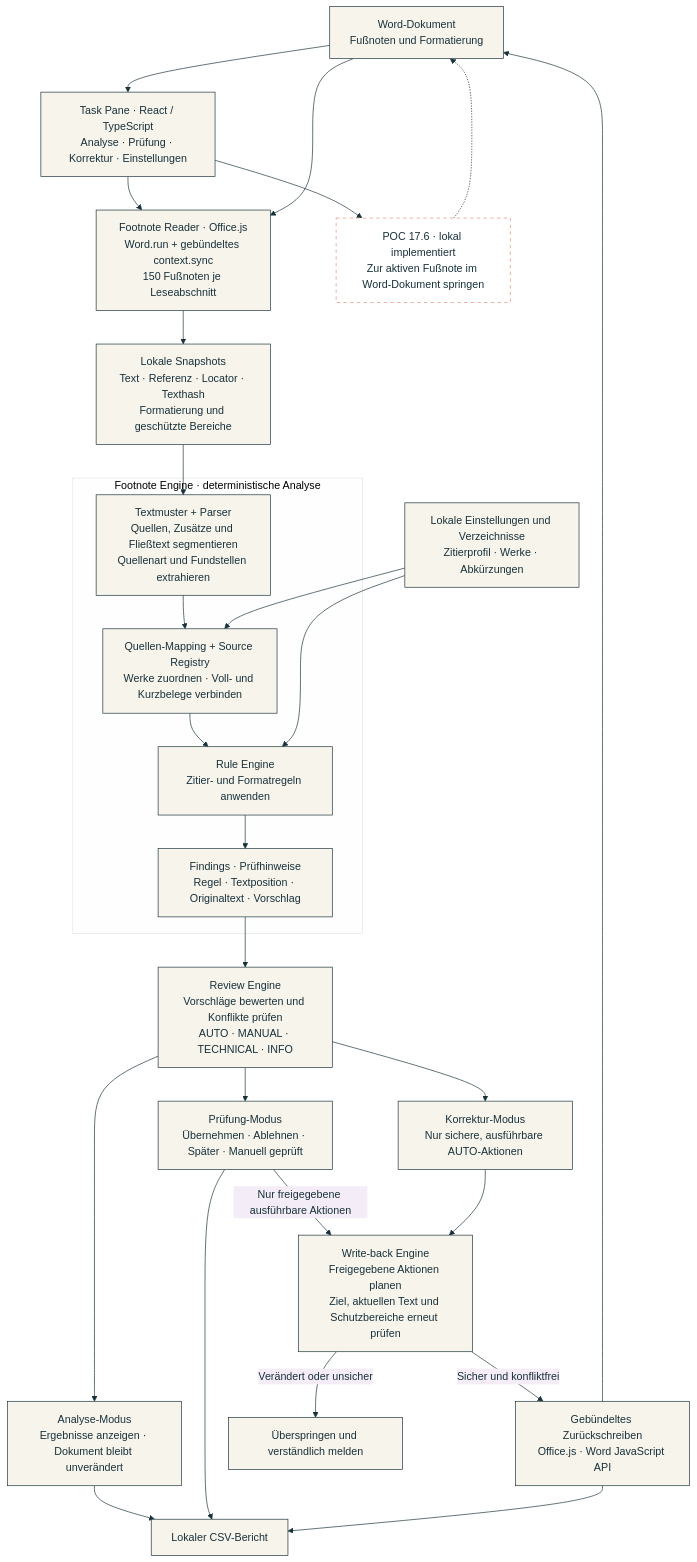
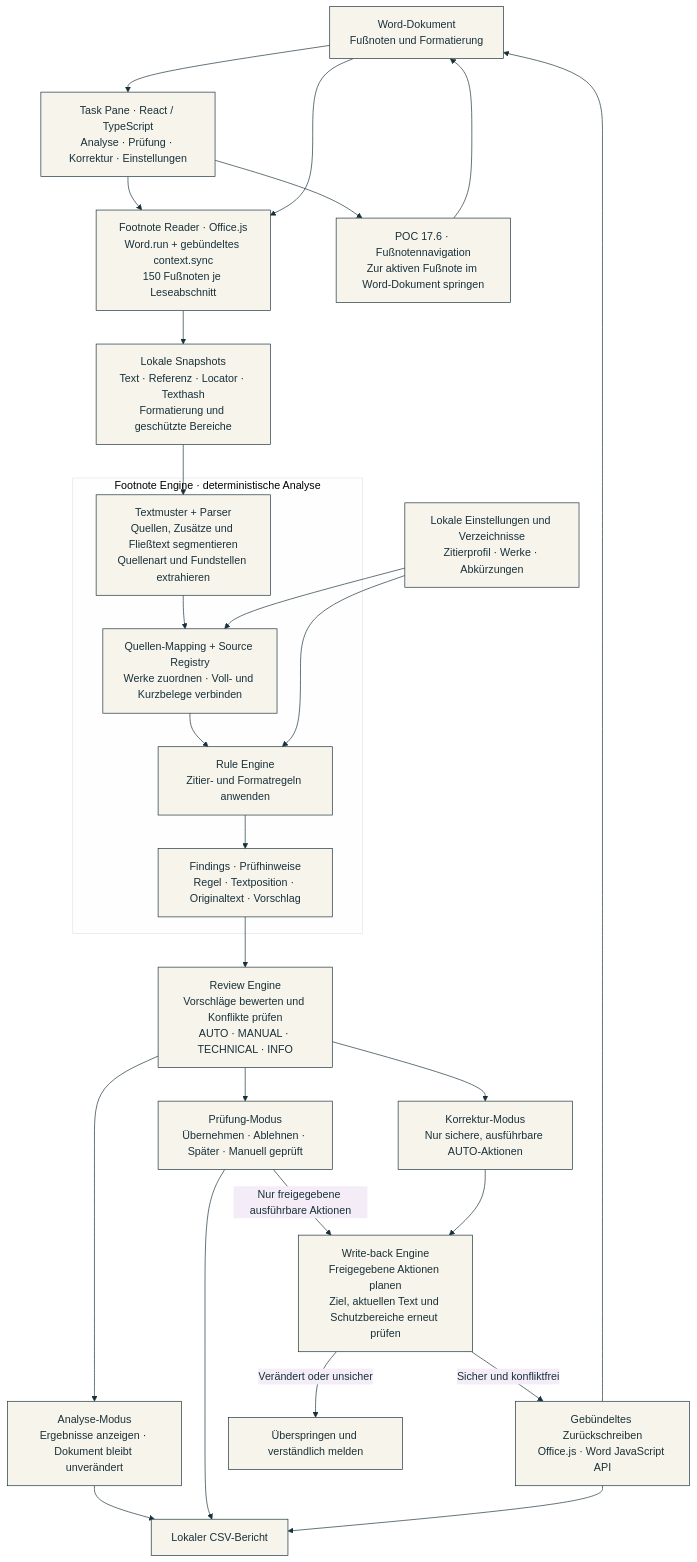
One commit to AfsharLT/footnote-checker changed the first of 4 diagrams in README.md. Above: the diagram before and after it, drawn with Mermaid. The commit also changed other lines of this file and 7 other files, not shown here.

Commit message:
docs: Update POC 17 milestones and illustrate Word workflow

````diff
--- a/README.md
+++ b/README.md
@@ -74,42 +86,40 @@
 ```mermaid
 %%{init: {'theme': 'base', 'themeVariables': {'primaryColor': '#F7F4EC', 'primaryTextColor': '#18313A', 'primaryBorderColor': '#18313A', 'lineColor': '#18313A'}}}%%
 flowchart TD
     Word["Word-Dokument<br/>Fußnoten und Formatierung"]
     UI["Task Pane · React / TypeScript<br/>Analyse · Prüfung · Korrektur · Einstellungen"]
     Reader["Footnote Reader · Office.js<br/>Word.run + gebündeltes context.sync<br/>150 Fußnoten je Leseabschnitt"]
     Snapshot["Lokale Snapshots<br/>Text · Referenz · Locator · Texthash<br/>Formatierung und geschützte Bereiche"]
     Word --> UI --> Reader
     Word --> Reader --> Snapshot
 
     subgraph Engine["Footnote Engine · deterministische Analyse"]
         Parse["Textmuster + Parser<br/>Quellen, Zusätze und Fließtext segmentieren<br/>Quellenart und Fundstellen extrahieren"]
         Mapping["Quellen-Mapping + Source Registry<br/>Werke zuordnen · Voll- und Kurzbelege verbinden"]
         Rules["Rule Engine<br/>Zitier- und Formatregeln anwenden"]
         Findings["Findings · Prüfhinweise<br/>Regel · Textposition · Originaltext · Vorschlag"]
         Parse --> Mapping --> Rules --> Findings
     end
     Snapshot --> Parse
     Local["Lokale Einstellungen und Verzeichnisse<br/>Zitierprofil · Werke · Abkürzungen"] --> Mapping
     Local --> Rules
     Review["Review Engine<br/>Vorschläge bewerten und Konflikte prüfen<br/>AUTO · MANUAL · TECHNICAL · INFO"]
     Findings --> Review
     Results["Analyse-Modus<br/>Ergebnisse anzeigen · Dokument bleibt unverändert"]
     Manual["Prüfung-Modus<br/>Übernehmen · Ablehnen · Später · Manuell geprüft"]
     Auto["Korrektur-Modus<br/>Nur sichere, ausführbare AUTO-Aktionen"]
     Review --> Results
     Review --> Manual
     Review --> Auto
     Plan["Write-back Engine<br/>Freigegebene Aktionen planen<br/>Ziel, aktuellen Text und Schutzbereiche erneut prüfen"]
     Manual -->|"Nur freigegebene ausführbare Aktionen"| Plan
     Auto --> Plan
     Write["Gebündeltes Zurückschreiben<br/>Office.js · Word JavaScript API"]
     Plan -->|"Sicher und konfliktfrei"| Write --> Word
     Plan -->|"Verändert oder unsicher"| Notice["Überspringen und verständlich melden"]
     Results --> Report["Lokaler CSV-Bericht"]
     Manual --> Report
     Write --> Report
-    UI --> Navigation["POC 17.6 · lokal implementiert<br/>Zur aktiven Fußnote im Word-Dokument springen"]
-    Navigation -.-> Word
-    classDef future fill:#ffffff,stroke:#E88B72,stroke-dasharray:5 5,color:#18313A;
-    class Navigation future;
+    UI --> Navigation["POC 17.6 · Fußnotennavigation<br/>Zur aktiven Fußnote im Word-Dokument springen"]
+    Navigation --> Word
 ```
````
